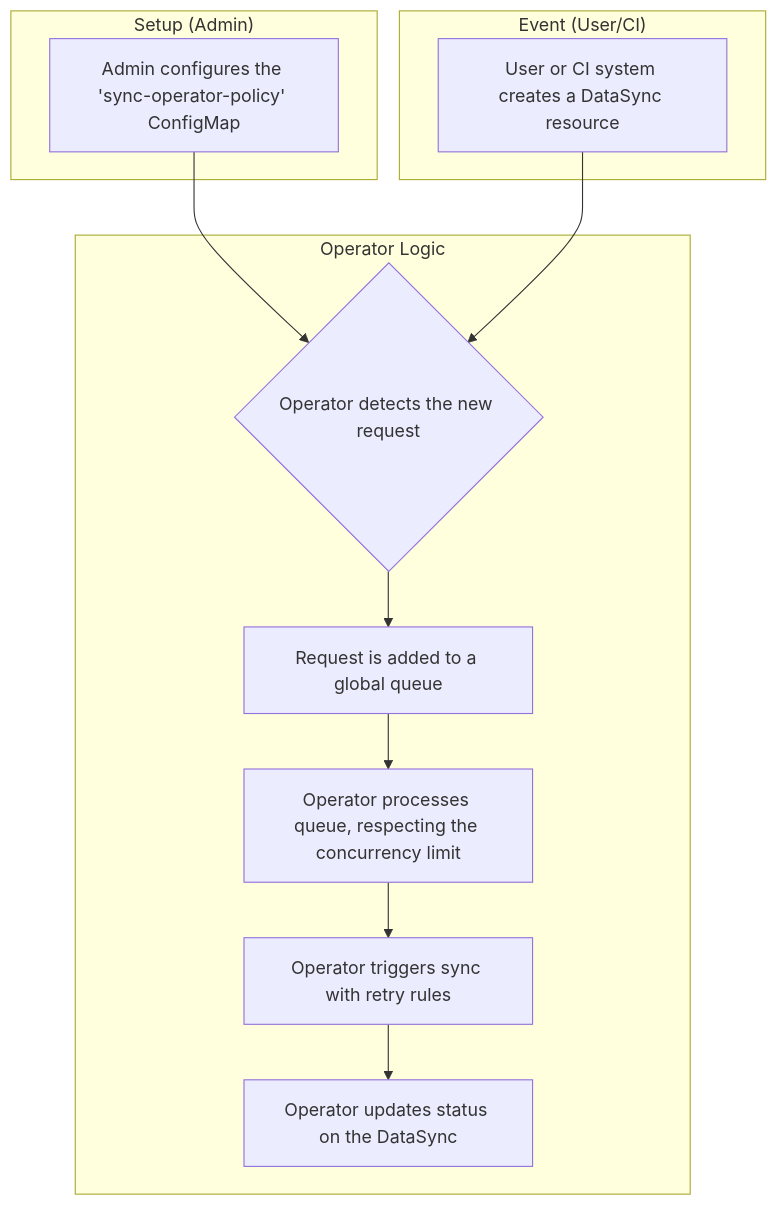
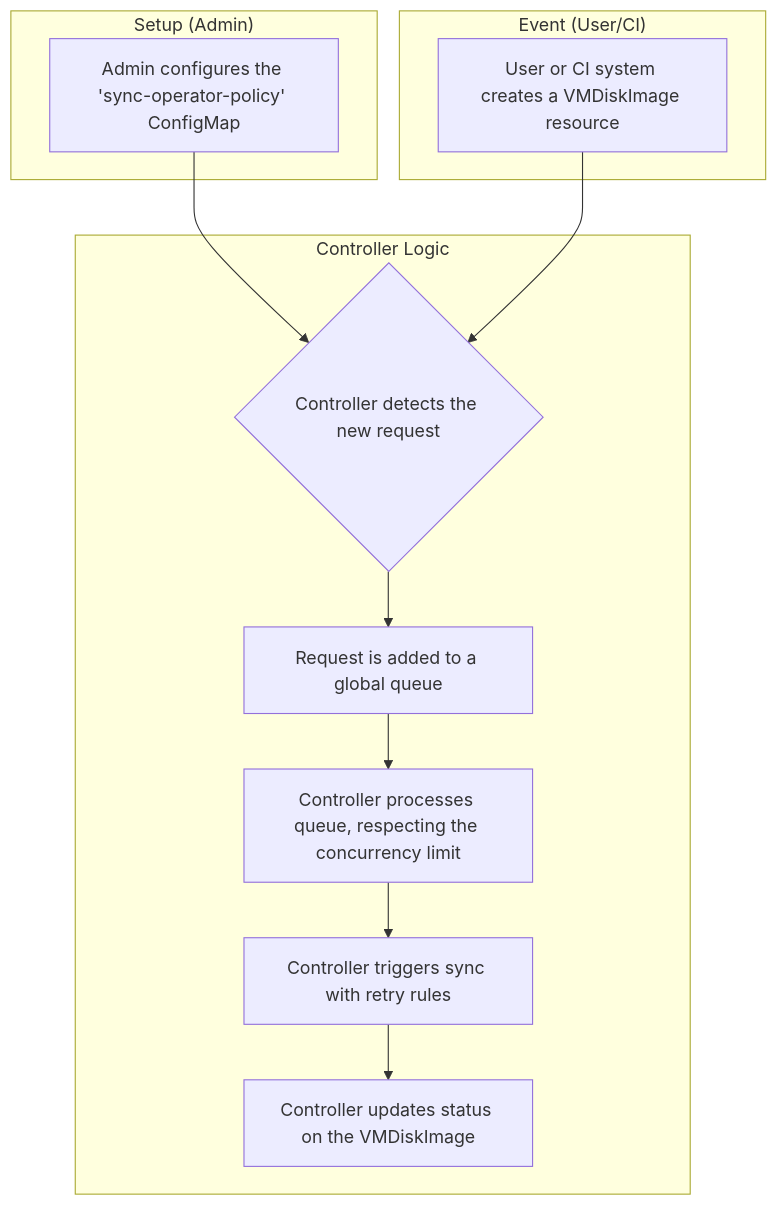
Before and after one commit to pelotech/data-sync-operator: the diagram in PROPOSAL.md, drawn with Mermaid. The commit also changed other lines of this file, not shown here.

````diff
--- a/PROPOSAL.md
+++ b/PROPOSAL.md
@@ -77,18 +83,18 @@
 ```mermaid
 flowchart TD
     subgraph "Setup (Admin)"
         A["Admin configures the 'sync-operator-policy' ConfigMap"]
     end
     subgraph "Event (User/CI)"
-        B["User or CI system creates a DataSync resource"]
+        B["User or CI system creates a VMDiskImage resource"]
     end
-    subgraph "Operator Logic"
-        C{"Operator detects the new request"};
+    subgraph "Controller Logic"
+        C{"Controller detects the new request"};
         A --> C;
         B --> C;
         C --> D["Request is added to a global queue"];
-        D --> E["Operator processes queue, respecting the concurrency limit"];
-        E --> F["Operator triggers sync with retry rules"];
-        F --> G["Operator updates status on the DataSync"];
+        D --> E["Controller processes queue, respecting the concurrency limit"];
+        E --> F["Controller triggers sync with retry rules"];
+        F --> G["Controller updates status on the VMDiskImage"];
     end
 ```
````
